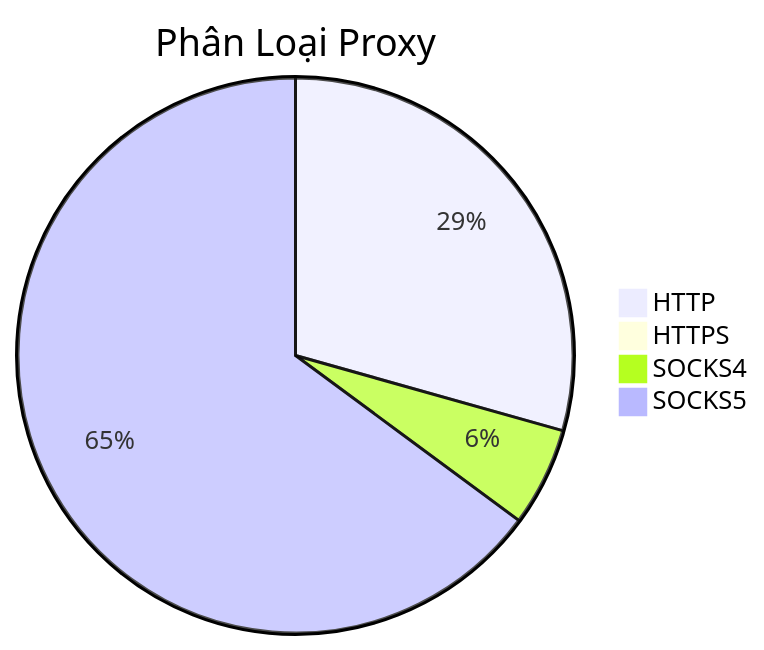
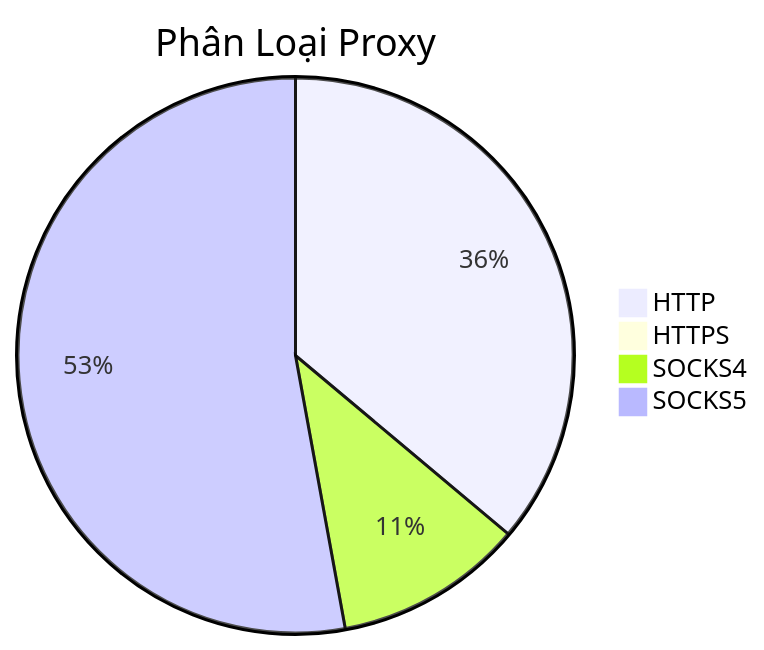
The diagram in README.md (Ciara-12/PROXY-free), drawn with Mermaid before and after one commit. The commit also changed other lines of this file and 3 other files, not shown here.

````diff
--- a/README.md
+++ b/README.md
@@ -26,7 +26,7 @@
 ```mermaid
 pie title Phân Loại Proxy
-    "HTTP" : 1631
+    "HTTP" : 950
     "HTTPS" : 0
-    "SOCKS4" : 320
-    "SOCKS5" : 3603
+    "SOCKS4" : 290
+    "SOCKS5" : 1391
 ```
````
